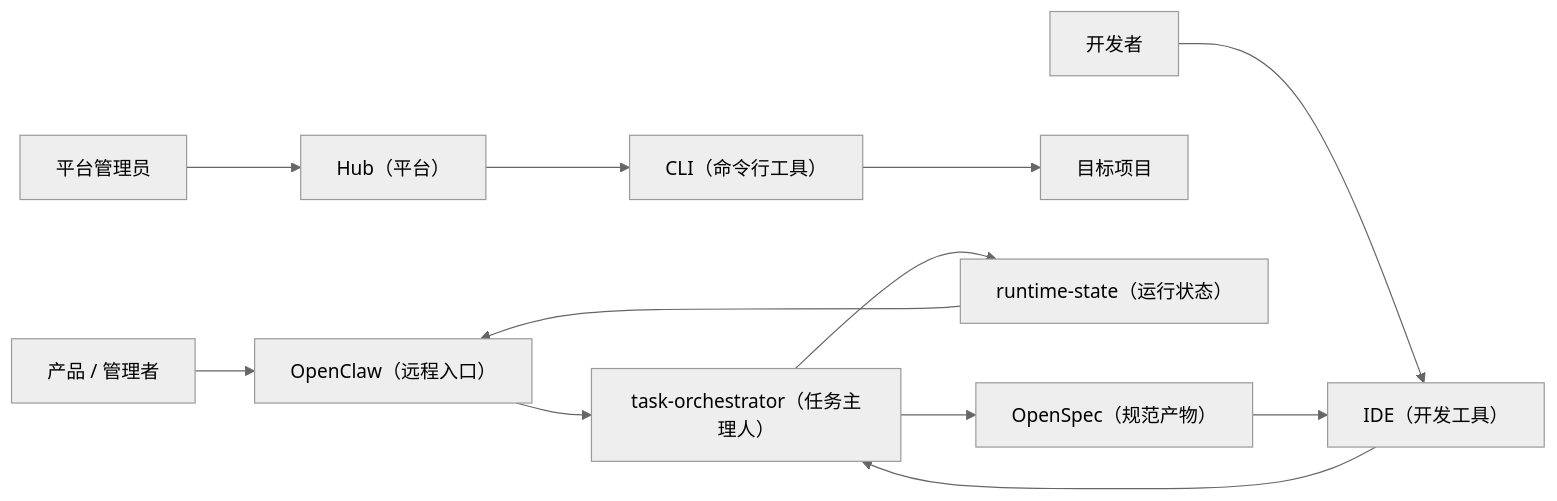
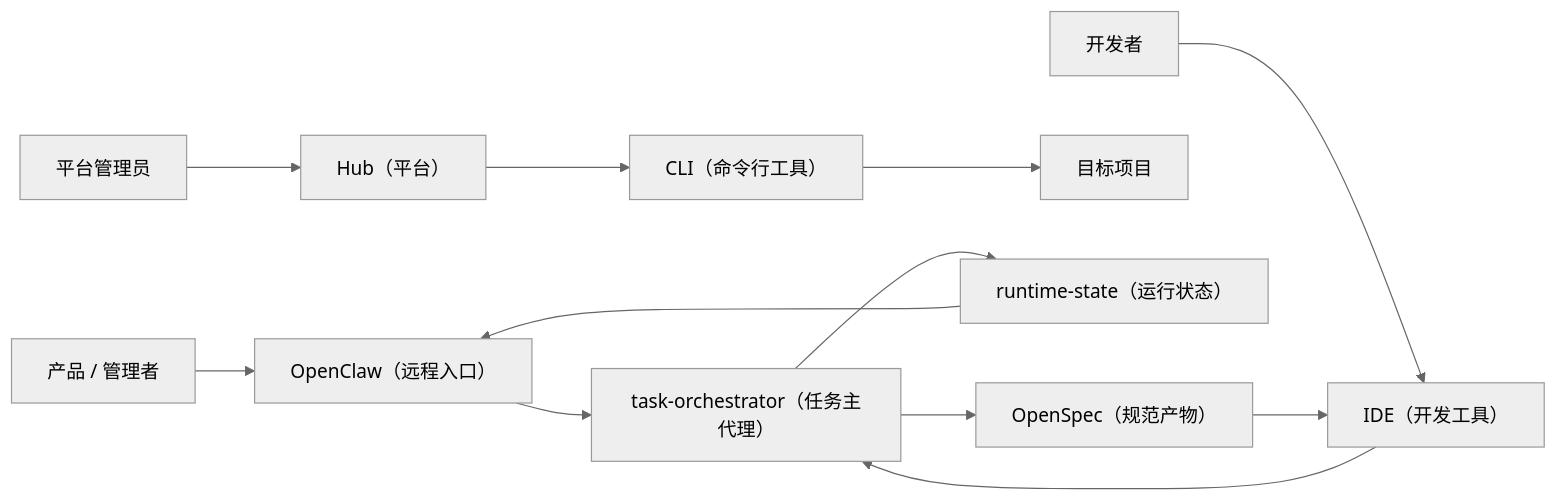
Before and after one commit to Colouful/br-ai-spec: the second of 2 diagrams in docs/paser_two/OpenClaw团队协同控制面定位与价值说明-03-31-13-03.md, drawn with Mermaid (neutral theme). The commit also changed other lines of this file and 88 other files, not shown here.

````diff
--- a/docs/paser_two/OpenClaw团队协同控制面定位与价值说明-03-31-13-03.md
+++ b/docs/paser_two/OpenClaw团队协同控制面定位与价值说明-03-31-13-03.md
@@ -341,17 +341,17 @@
 ```mermaid
 flowchart LR
     PM["产品 / 管理者"] --> OpenClaw["OpenClaw（远程入口）"]
     Dev["开发者"] --> IDE["IDE（开发工具）"]
     Admin["平台管理员"] --> Hub["Hub（平台）"]
 
     Hub --> CLI["CLI（命令行工具）"]
     CLI --> Project["目标项目"]
 
-    OpenClaw --> Orchestrator["task-orchestrator（任务主理人）"]
+    OpenClaw --> Orchestrator["task-orchestrator（任务主代理）"]
     IDE --> Orchestrator
 
     Orchestrator --> Runtime["runtime-state（运行状态）"]
     Orchestrator --> OpenSpec["OpenSpec（规范产物）"]
     Runtime --> OpenClaw
     OpenSpec --> IDE
 ```
````
